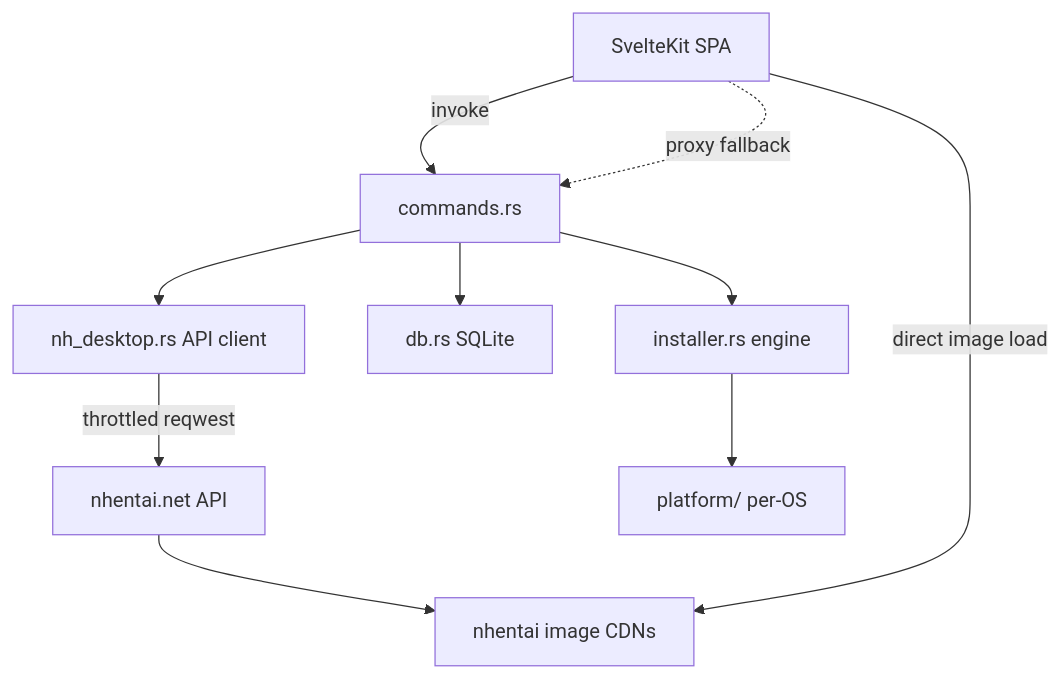
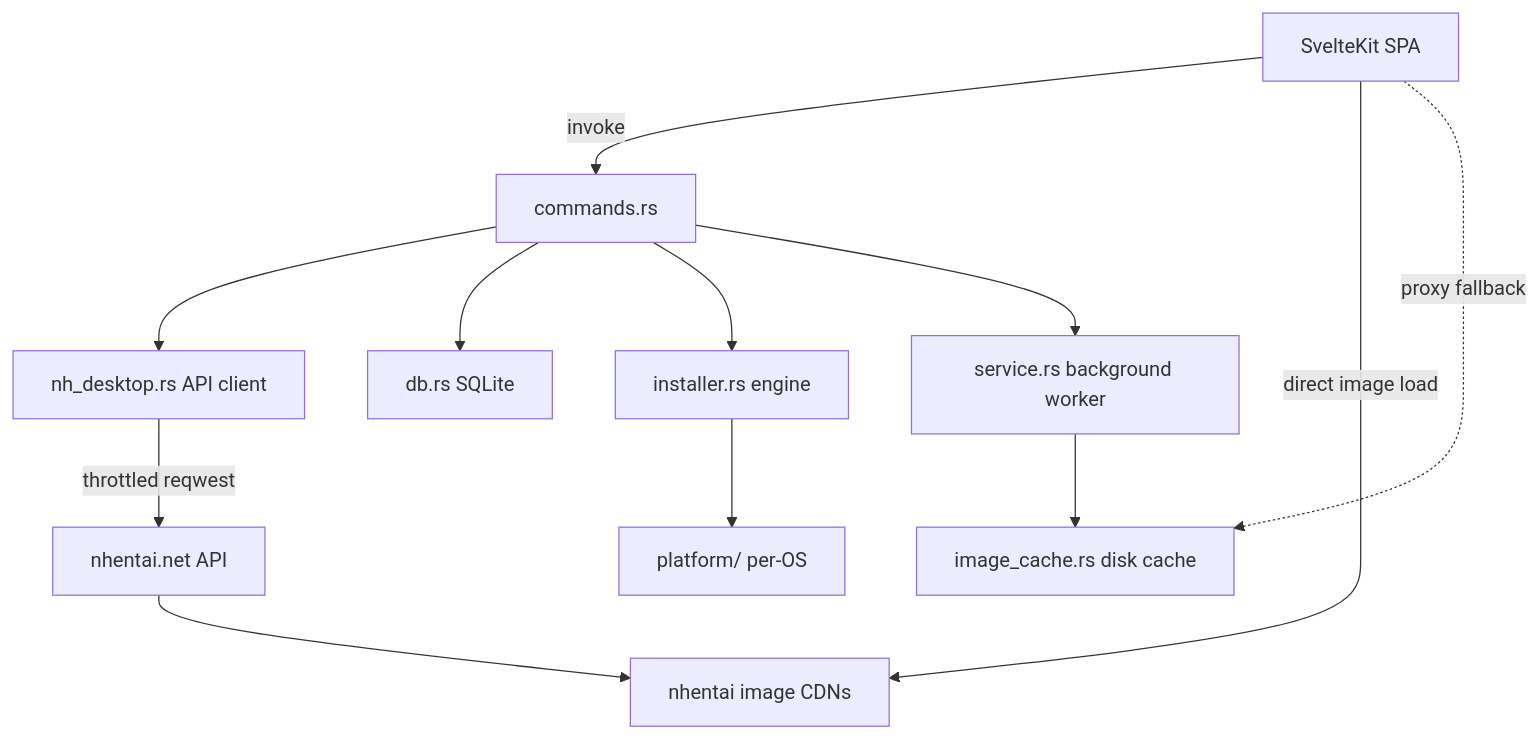
The diagram in README.md (HELIX-Origin/nhentai-desktop), drawn with Mermaid before and after one commit. The commit also changed other lines of this file and 68 other files, not shown here.

````diff
--- a/README.md
+++ b/README.md
@@ -76,12 +84,14 @@
 ```mermaid
 flowchart TD
     A[SvelteKit SPA] -->|"invoke"| B[commands.rs]
     B --> C[nh_desktop.rs API client]
     B --> D[db.rs SQLite]
     B --> E[installer.rs engine]
+    B --> S[service.rs background worker]
+    S --> K[image_cache.rs disk cache]
     C -->|"throttled reqwest"| F[nhentai.net API]
     F --> G[nhentai image CDNs]
     A -->|"direct image load"| G
-    A -.->|"proxy fallback"| B
+    A -.->|"proxy fallback"| K
     E --> H[platform/ per-OS]
 ```
````
